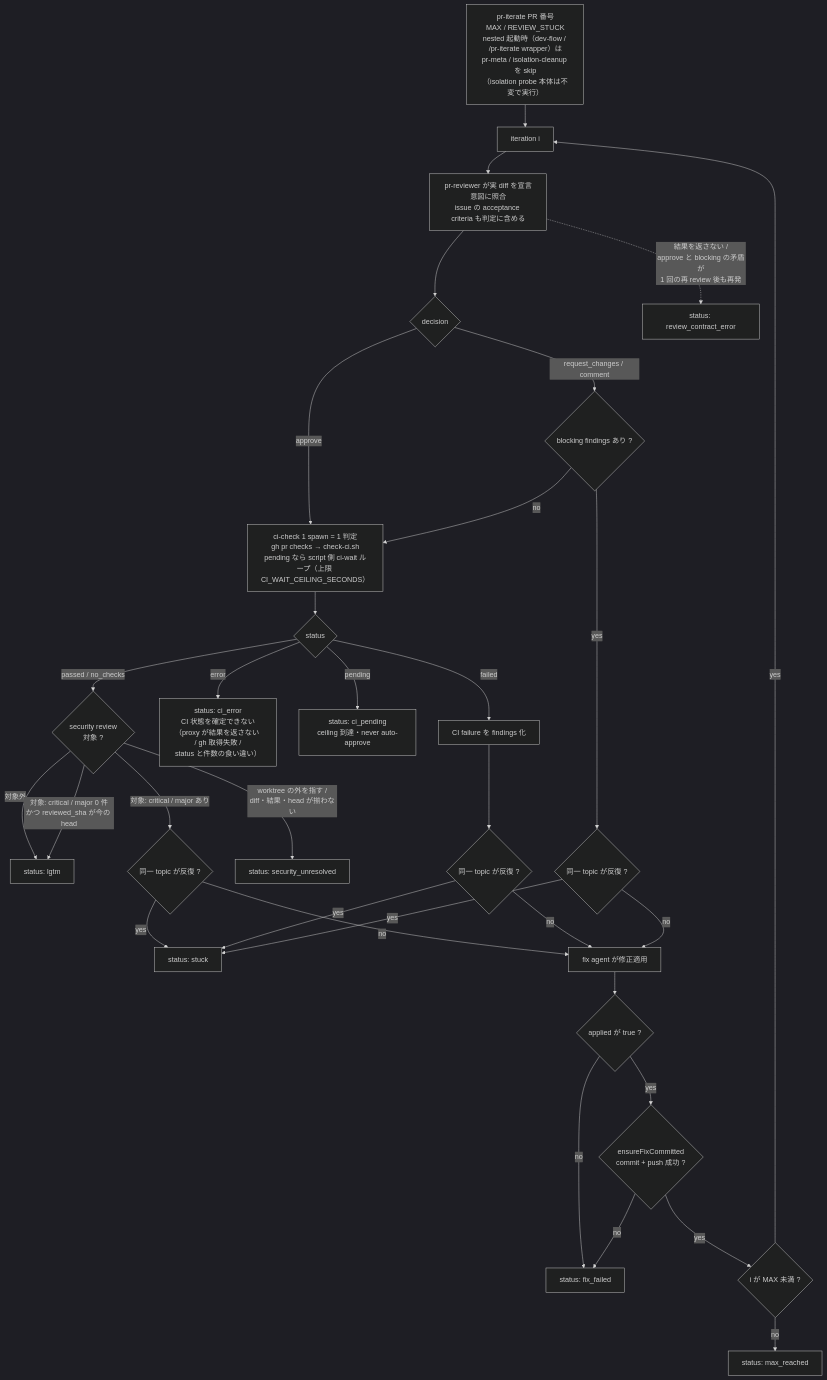
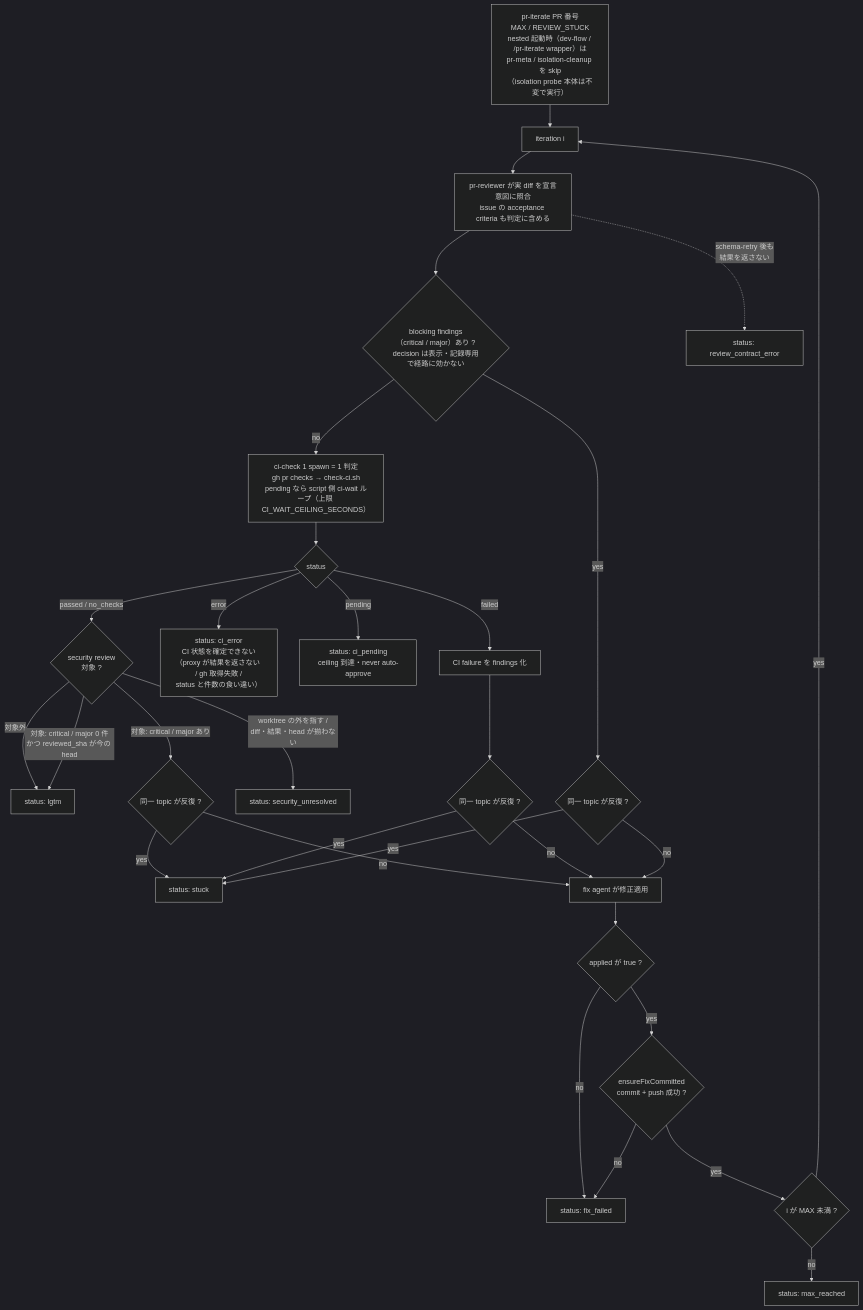
Before and after one commit to it-all-playpark/claude-plugins: diagram 12 of 13 in docs/dev-flow-atlas.md, drawn with Mermaid (dark theme). The commit also changed other lines of this file and 8 other files, not shown here.

First line of the commit message:
fix(dev-flow): pr-reviewer の decision を表示・記録専用にし、approve と blocking が同居しても再 review せず blocking 件数だけで fix loop に送る (#1283)

````diff
--- a/docs/dev-flow-atlas.md
+++ b/docs/dev-flow-atlas.md
@@ -354,39 +354,36 @@
 ```mermaid
 flowchart TD
     IN["pr-iterate PR 番号<br/>MAX / REVIEW_STUCK<br/>nested 起動時（dev-flow / /pr-iterate wrapper）は<br/>pr-meta / isolation-cleanup を skip<br/>（isolation probe 本体は不変で実行）"] --> LOOP["iteration i"]
     LOOP --> REV["pr-reviewer が実 diff を宣言意図に照合<br/>issue の acceptance criteria も判定に含める"]
-    REV --> D{"decision"}
-    REV -.->|"結果を返さない /<br/>approve と blocking の矛盾が<br/>1 回の再 review 後も再発"| RCE["status: review_contract_error"]
-
-    D -->|approve| CI["ci-check 1 spawn = 1 判定<br/>gh pr checks → check-ci.sh<br/>pending なら script 側 ci-wait ループ（上限 CI_WAIT_CEILING_SECONDS）"]
-    D -->|"request_changes / comment"| BL{"blocking findings あり ?"}
+    REV --> BL{"blocking findings<br/>（critical / major）あり ?<br/>decision は表示・記録専用で経路に効かない"}
+    REV -.->|"schema-retry 後も<br/>結果を返さない"| RCE["status: review_contract_error"]
 
     CI --> CS{"status"}
     CS -->|"passed / no_checks"| SEC{"security review<br/>対象 ?"}
     SEC -->|"対象外"| LGTM["status: lgtm"]
     SEC -->|"対象: critical / major 0 件<br/>かつ reviewed_sha が今の head"| LGTM
     SEC -->|"対象: critical / major あり"| STK3{"同一 topic が反復 ?"}
     STK3 -->|yes| STUCK
     STK3 -->|no| FIX
     SEC -->|"worktree の外を指す /<br/>diff・結果・head が揃わない"| SECU["status: security_unresolved"]
     CS -->|error| ERR["status: ci_error<br/>CI 状態を確定できない<br/>（proxy が結果を返さない / gh 取得失敗 /<br/>status と件数の食い違い）"]
     CS -->|pending| PEND["status: ci_pending<br/>ceiling 到達・never auto-approve"]
     CS -->|failed| CIF["CI failure を findings 化"]
 
     CIF --> STK1{"同一 topic が反復 ?"}
     STK1 -->|yes| STUCK["status: stuck"]
     STK1 -->|no| FIX
 
-    BL -->|no| CI
+    BL -->|no| CI["ci-check 1 spawn = 1 判定<br/>gh pr checks → check-ci.sh<br/>pending なら script 側 ci-wait ループ（上限 CI_WAIT_CEILING_SECONDS）"]
     BL -->|yes| STK2{"同一 topic が反復 ?"}
     STK2 -->|yes| STUCK
     STK2 -->|no| FIX["fix agent が修正適用"]
 
     FIX --> AP{"applied が true ?"}
     AP -->|no| FF["status: fix_failed"]
     AP -->|yes| CM{"ensureFixCommitted<br/>commit + push 成功 ?"}
     CM -->|no| FF
     CM -->|yes| NEXT{"i が MAX 未満 ?"}
     NEXT -->|yes| LOOP
     NEXT -->|no| MAXR["status: max_reached"]
 ```
````
